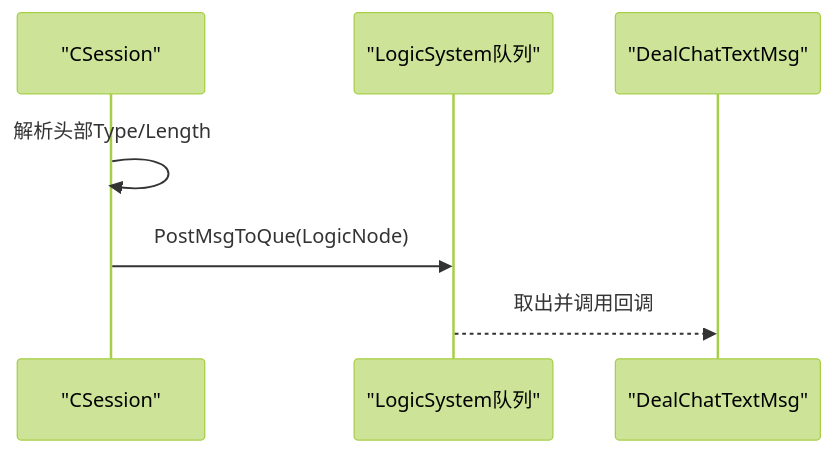
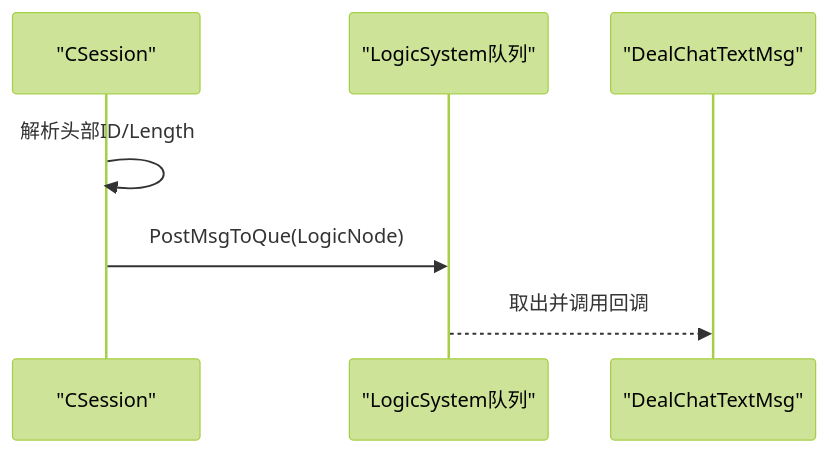
Before and after one commit to echo9923/mychatter: the fourth of 7 diagrams in .qoder/repowiki/zh/content/架构设计/数据流设计/聊天消息数据流/文本消息传输流程.md, drawn with Mermaid (forest theme). The commit also changed other lines of this file and 132 other files, not shown here.

````diff
--- a/.qoder/repowiki/zh/content/架构设计/数据流设计/聊天消息数据流/文本消息传输流程.md
+++ b/.qoder/repowiki/zh/content/架构设计/数据流设计/聊天消息数据流/文本消息传输流程.md
@@ -194,9 +198,9 @@
 ```mermaid
 sequenceDiagram
 participant Sess as "CSession"
 participant Q as "LogicSystem队列"
 participant H as "DealChatTextMsg"
-Sess->>Sess : 解析头部Type/Length
+Sess->>Sess : 解析头部ID/Length
 Sess->>Q : PostMsgToQue(LogicNode)
 Q-->>H : 取出并调用回调
 ```
````
